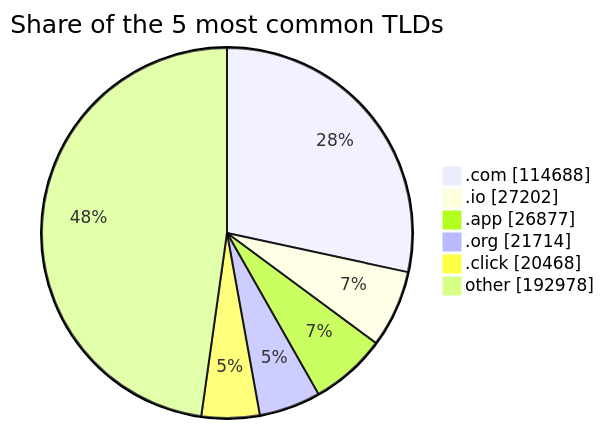
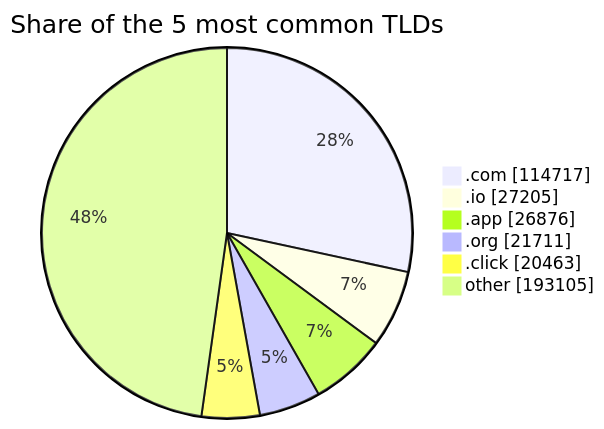
One commit to DNSBunker/CTI changed the third of 3 diagrams in README.md. Above: the diagram before and after it, drawn with Mermaid. The commit also changed other lines of this file and 3 other files, not shown here.

````diff
--- a/README.md
+++ b/README.md
@@ -81,9 +81,9 @@
 ```mermaid
 pie showData title Share of the 5 most common TLDs
-    ".com" : 114688
-    ".io" : 27202
-    ".app" : 26877
-    ".org" : 21714
-    ".click" : 20468
-    "other" : 192978
+    ".com" : 114717
+    ".io" : 27205
+    ".app" : 26876
+    ".org" : 21711
+    ".click" : 20463
+    "other" : 193105
 ```
````
